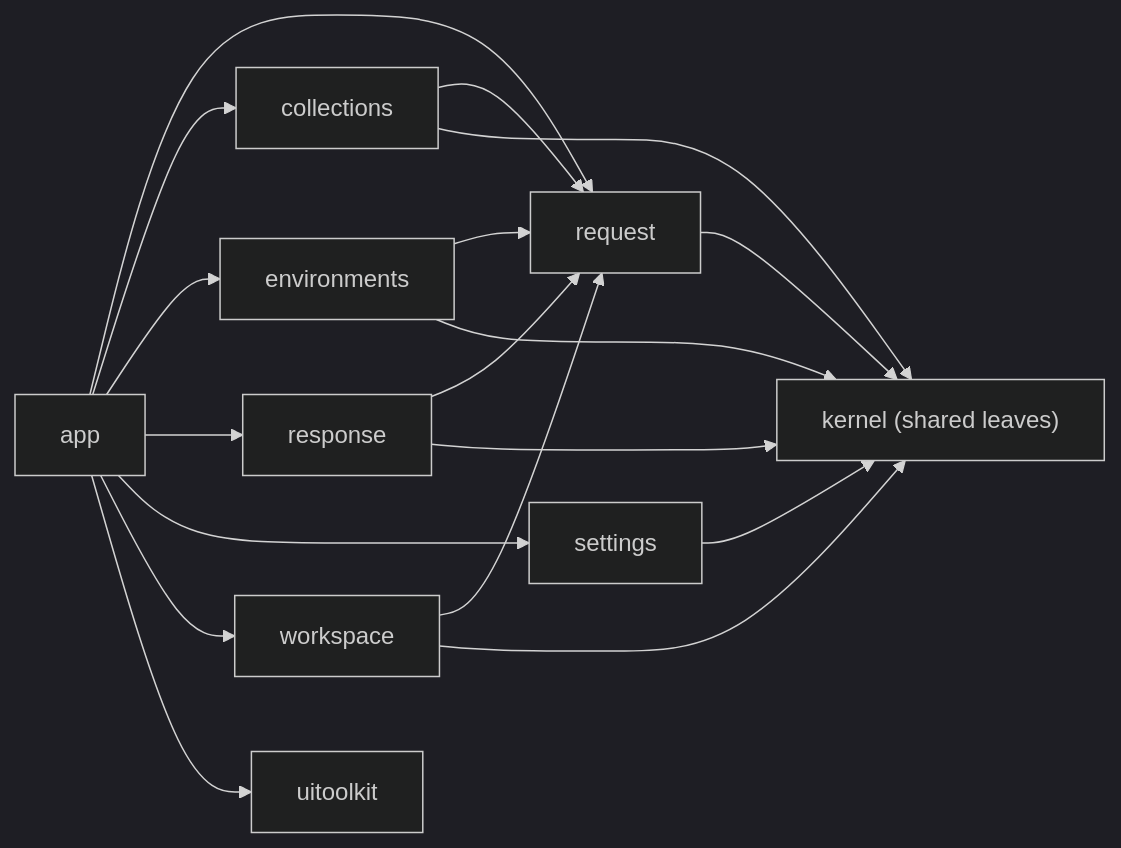
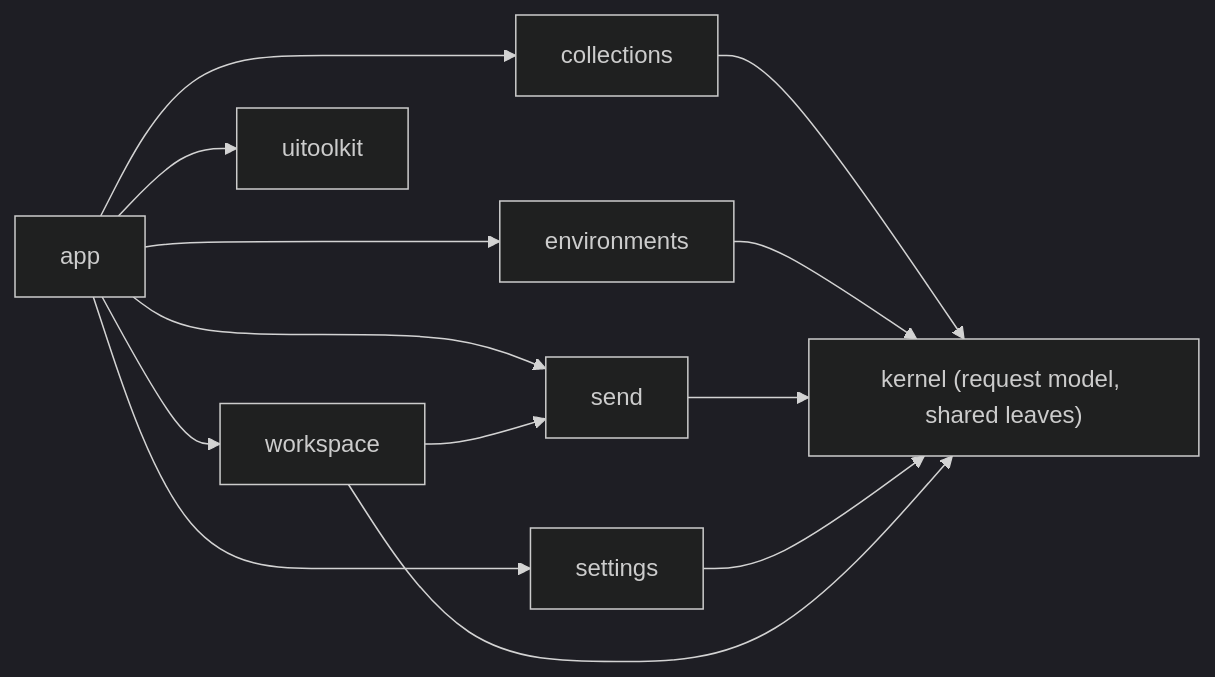
Before and after one commit to gascoigne-ai/gascoigne-workshop: the second of 2 diagrams in .harness/architecture.md, drawn with Mermaid (dark theme). The commit also changed other lines of this file and 175 other files, not shown here.

First line of the commit message:
refactor(send): sending a request is one feature

````diff
--- a/.harness/architecture.md
+++ b/.harness/architecture.md
@@ -58,10 +57,7 @@
 ```mermaid
 flowchart LR
-  app["app"] --> request & collections & environments & response & settings & workspace
+  app["app"] --> send & collections & environments & settings & workspace
   app --> toolkit["uitoolkit"]
-  collections & environments --> request
-  response --> request
-  workspace --> request
-  collections & environments & response & settings & workspace --> kernel["kernel (shared leaves)"]
-  request --> kernel
+  workspace --> send
+  collections & environments & send & settings & workspace --> kernel["kernel (request model, shared leaves)"]
 ```
````
